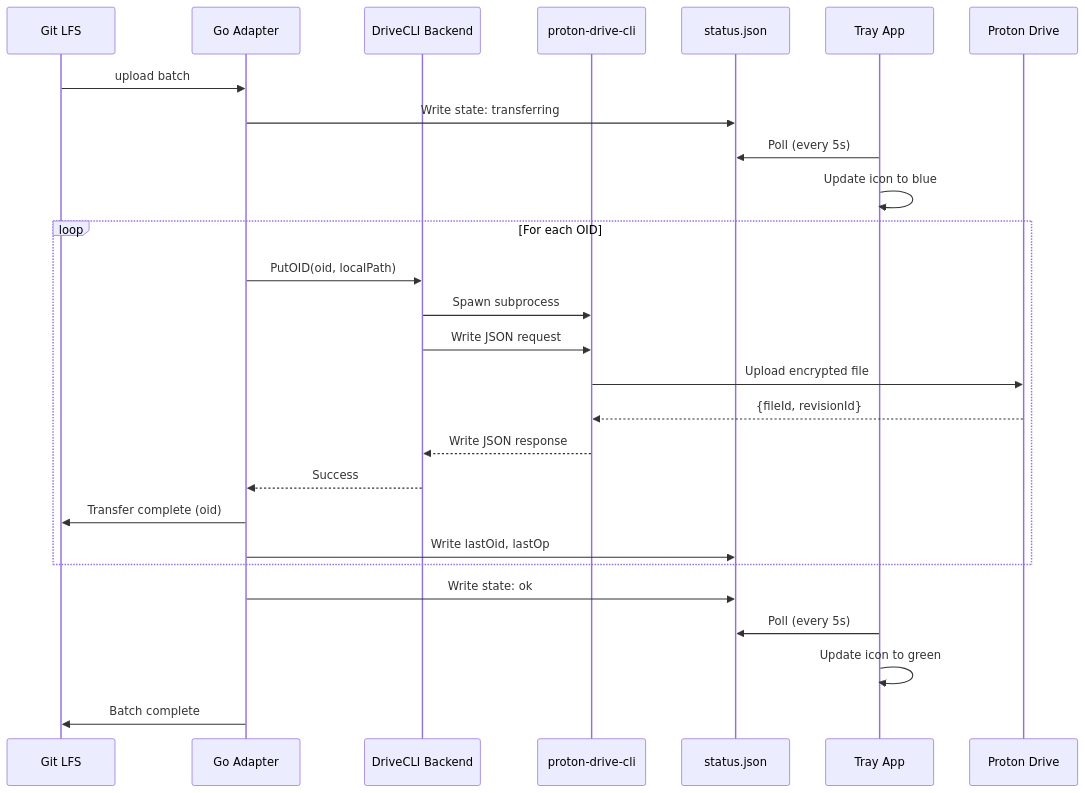
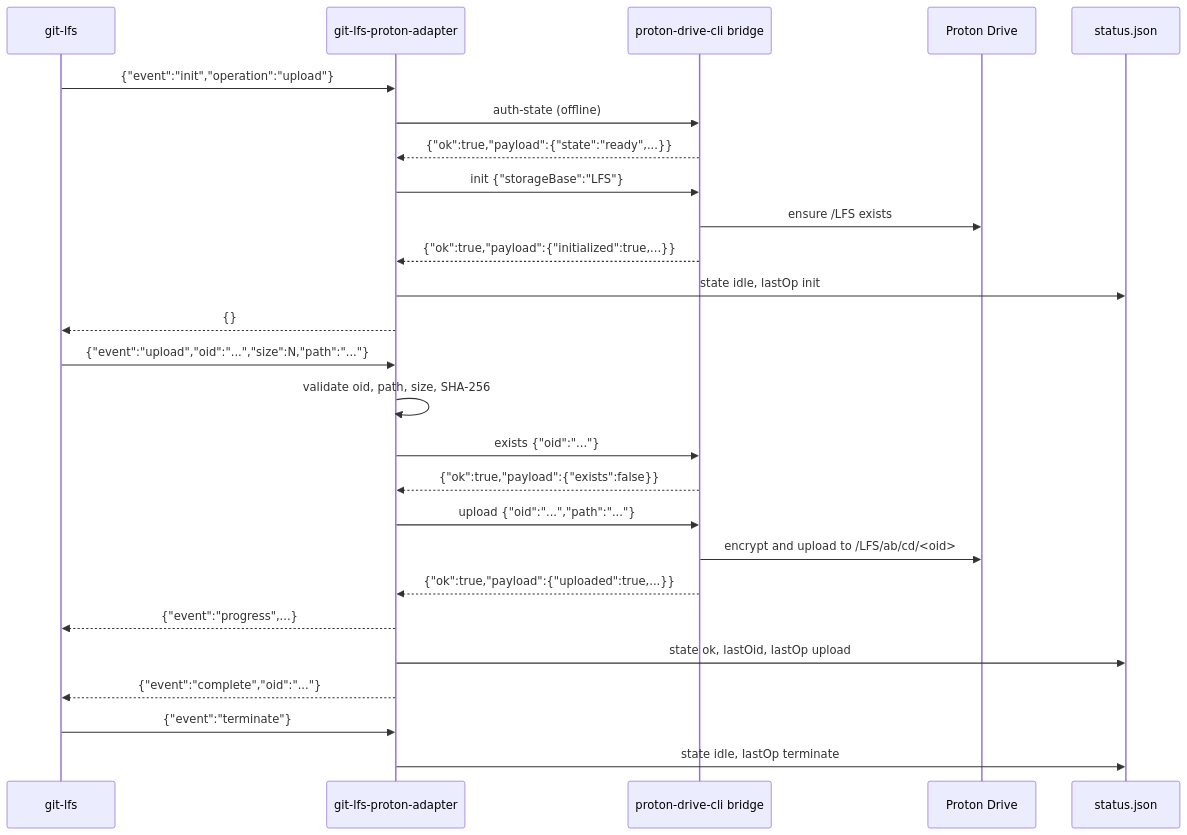
Before and after one commit to SevenOfNine-labs/proton-lfs-cli: the second of 5 diagrams in docs/architecture/architecture.md, drawn with Mermaid. The commit also changed other lines of this file and 116 other files, not shown here.

````diff
--- a/docs/architecture/architecture.md
+++ b/docs/architecture/architecture.md
@@ -242,33 +84,31 @@
 ```mermaid
 sequenceDiagram
-    participant Git as Git LFS
-    participant Adapter as Go Adapter
-    participant Backend as DriveCLI Backend
-    participant Bridge as proton-drive-cli
+    participant Git as git-lfs
+    participant Adapter as git-lfs-proton-adapter
+    participant Bridge as proton-drive-cli bridge
+    participant Proton as Proton Drive
     participant Status as status.json
-    participant Tray as Tray App
-    participant Proton as Proton Drive
 
-    Git->>Adapter: upload batch
-    Adapter->>Status: Write state: transferring
-    Tray->>Status: Poll (every 5s)
-    Tray->>Tray: Update icon to blue
+    Git->>Adapter: {"event":"init","operation":"upload"}
+    Adapter->>Bridge: auth-state (offline)
+    Bridge-->>Adapter: {"ok":true,"payload":{"state":"ready",...}}
+    Adapter->>Bridge: init {"storageBase":"LFS"}
+    Bridge->>Proton: ensure /LFS exists
+    Bridge-->>Adapter: {"ok":true,"payload":{"initialized":true,...}}
+    Adapter->>Status: state idle, lastOp init
+    Adapter-->>Git: {}
 
-    loop For each OID
-        Adapter->>Backend: PutOID(oid, localPath)
-        Backend->>Bridge: Spawn subprocess
-        Backend->>Bridge: Write JSON request
-        Bridge->>Proton: Upload encrypted file
-        Proton-->>Bridge: {fileId, revisionId}
-        Bridge-->>Backend: Write JSON response
-        Backend-->>Adapter: Success
-        Adapter->>Git: Transfer complete (oid)
-        Adapter->>Status: Write lastOid, lastOp
-    end
+    Git->>Adapter: {"event":"upload","oid":"...","size":N,"path":"..."}
+    Adapter->>Adapter: validate oid, path, size, SHA-256
+    Adapter->>Bridge: exists {"oid":"..."}
+    Bridge-->>Adapter: {"ok":true,"payload":{"exists":false}}
+    Adapter->>Bridge: upload {"oid":"...","path":"..."}
+    Bridge->>Proton: encrypt and upload to /LFS/ab/cd/<oid>
+    Bridge-->>Adapter: {"ok":true,"payload":{"uploaded":true,...}}
+    Adapter-->>Git: {"event":"progress",...}
+    Adapter->>Status: state ok, lastOid, lastOp upload
+    Adapter-->>Git: {"event":"complete","oid":"..."}
 
-    Adapter->>Status: Write state: ok
-    Tray->>Status: Poll (every 5s)
-    Tray->>Tray: Update icon to green
-    Adapter->>Git: Batch complete
-
+    Git->>Adapter: {"event":"terminate"}
+    Adapter->>Status: state idle, lastOp terminate
 ```
````
